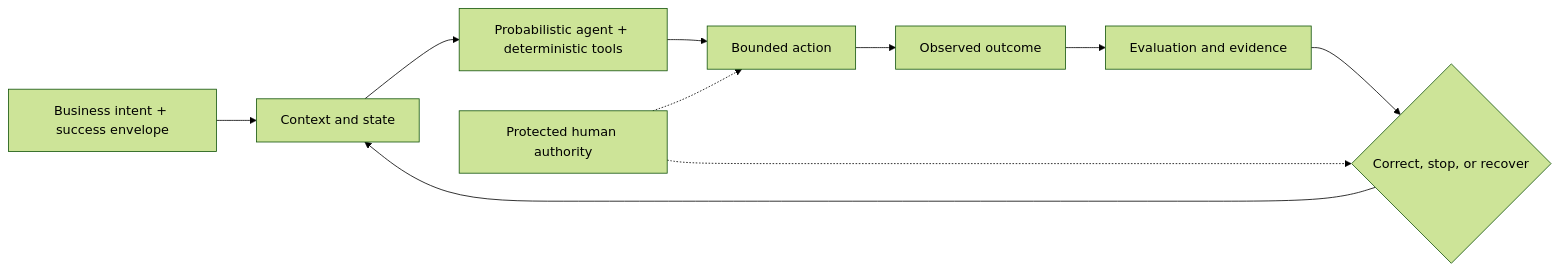
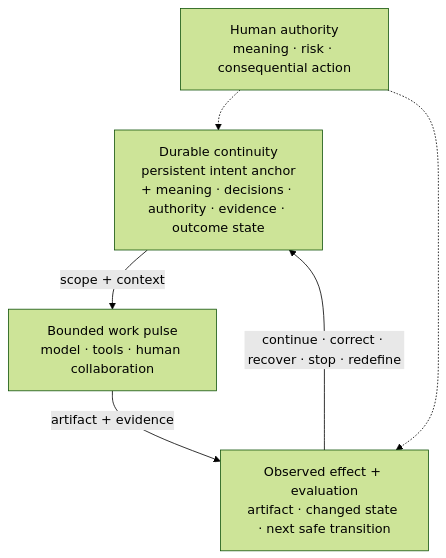
Before and after one commit to yiwei79/azoth: the diagram in README.md, drawn with Mermaid (forest theme). The commit also changed other lines of this file and 7 other files, not shown here.

````diff
--- a/README.md
+++ b/README.md
@@ -44,12 +31,13 @@
 ```mermaid
-flowchart LR
-    A["Business intent + success envelope"] --> B["Context and state"]
-    B --> C["Probabilistic agent + deterministic tools"]
-    C --> D["Bounded action"]
-    D --> E["Observed outcome"]
-    E --> F["Evaluation and evidence"]
-    F --> G{"Correct, stop, or recover"}
-    G --> B
-    H["Protected human authority"] -.-> D
-    H -.-> G
+flowchart TB
+    D["Durable continuity<br/>persistent intent anchor<br/>+ meaning · decisions · authority · evidence · outcome state"]
+    P["Bounded work pulse<br/>model · tools · human collaboration"]
+    E["Observed effect + evaluation<br/>artifact · changed state · next safe transition"]
+    H["Human authority<br/>meaning · risk · consequential action"]
+
+    D -->|scope + context| P
+    P -->|artifact + evidence| E
+    E -->|continue · correct · recover · stop · redefine| D
+    H -.-> D
+    H -.-> E
 ```
````
